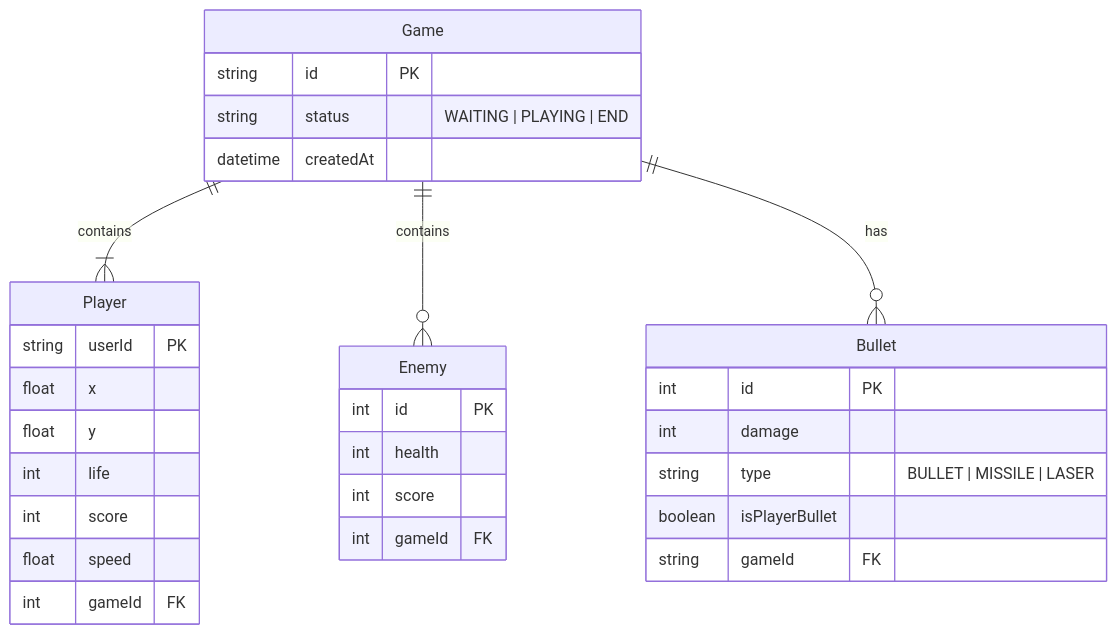
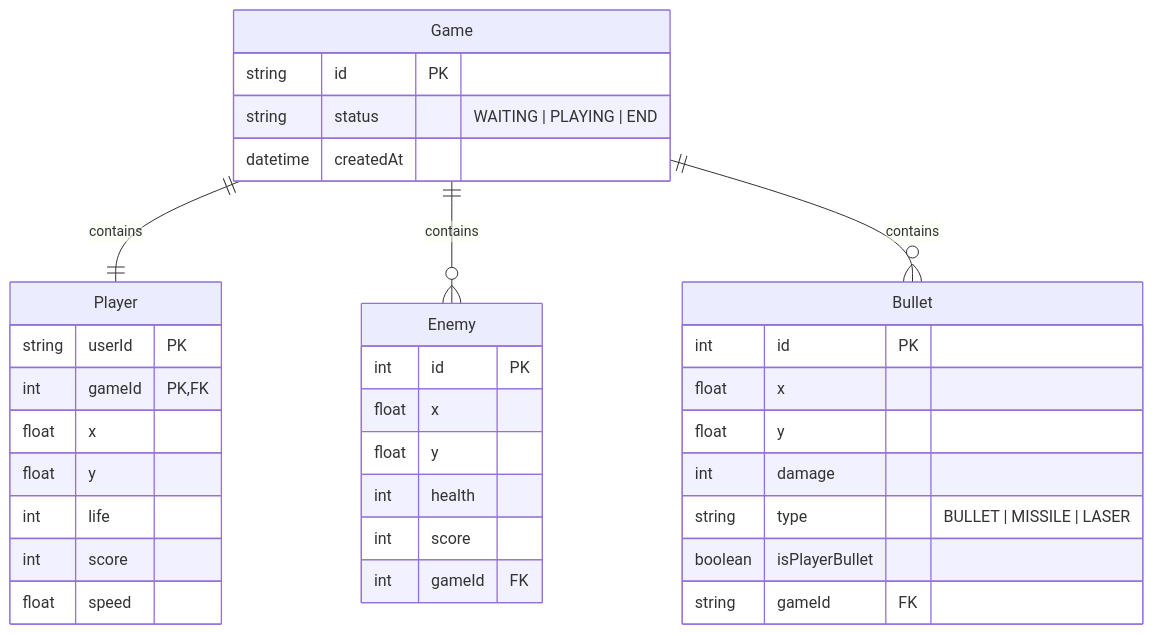
Before and after one commit to kervint1/gradius: the diagram in README.md, drawn with Mermaid. The commit also changed 2 other files, not shown here.

Commit message:
Fix game create bug when user can created multiple game

````diff
--- a/README.md
+++ b/README.md
@@ -7,34 +7,38 @@
 ```mermaid
 erDiagram
     Game {
         string id PK
         string status "WAITING | PLAYING | END"
         datetime createdAt
     }
     Player {
         string userId PK
+        int gameId PK,FK
         float x
         float y
         int life
         int score
         float speed
-        int gameId FK
     }
     Bullet {
         int id PK
+        float x
+        float y
         int damage
         string type "BULLET | MISSILE | LASER"
         boolean isPlayerBullet
         string gameId FK
     }
     Enemy {
         int id PK
+        float x
+        float y
         int health
         int score
         int gameId FK
     }
 
-    Game ||--|{ Player : "contains"
+    Game ||--|| Player : "contains"
     Game ||--o{ Enemy: "contains"
-    Game ||--o{ Bullet: "has"
+    Game ||--o{ Bullet: "contains"
 ```
````
